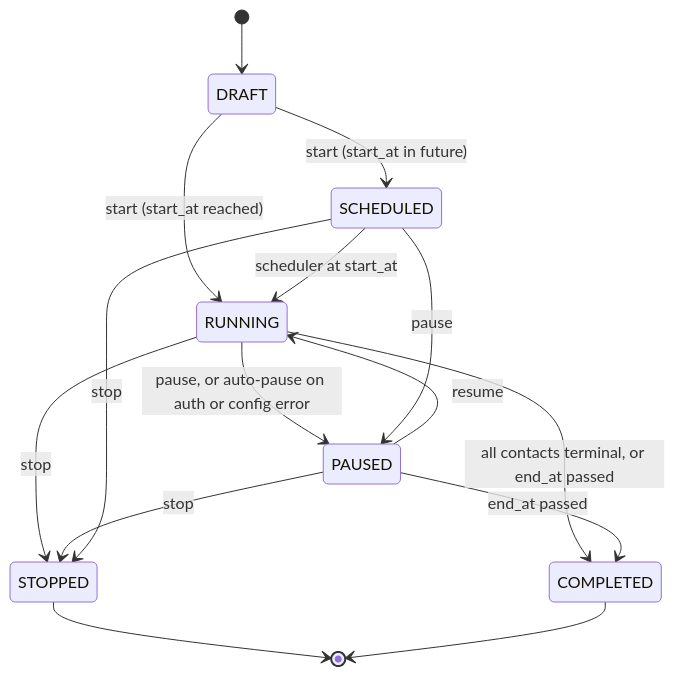
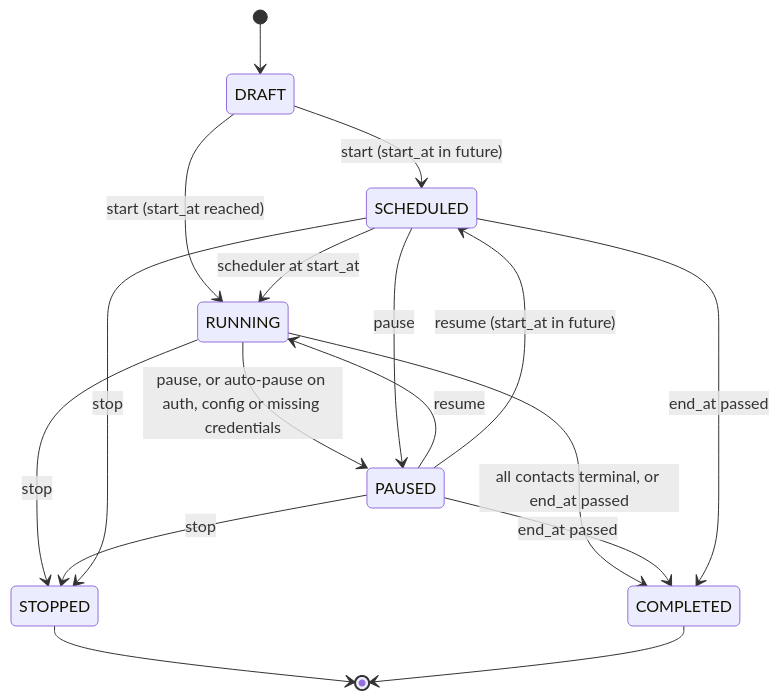
Before and after one commit to yshemashree/Campaign-Manager-Predixion-AI-: the third of 6 diagrams in docs/02-architecture.md, drawn with Mermaid. The commit also changed other lines of this file and 6 other files, not shown here.

````diff
--- a/docs/02-architecture.md
+++ b/docs/02-architecture.md
@@ -261,17 +269,19 @@
 ```mermaid
 stateDiagram-v2
     [*] --> DRAFT
     DRAFT --> SCHEDULED: start (start_at in future)
     DRAFT --> RUNNING: start (start_at reached)
     SCHEDULED --> RUNNING: scheduler at start_at
-    RUNNING --> PAUSED: pause, or auto-pause on auth or config error
+    RUNNING --> PAUSED: pause, or auto-pause on auth, config or missing credentials
     SCHEDULED --> PAUSED: pause
     PAUSED --> RUNNING: resume
+    PAUSED --> SCHEDULED: resume (start_at in future)
     RUNNING --> STOPPED: stop
     PAUSED --> STOPPED: stop
     SCHEDULED --> STOPPED: stop
     RUNNING --> COMPLETED: all contacts terminal, or end_at passed
     PAUSED --> COMPLETED: end_at passed
+    SCHEDULED --> COMPLETED: end_at passed
     STOPPED --> [*]
     COMPLETED --> [*]
 ```
````
